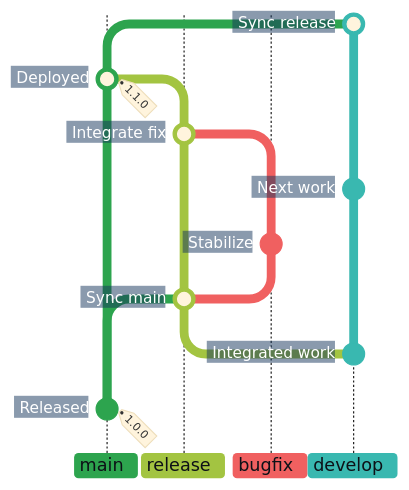
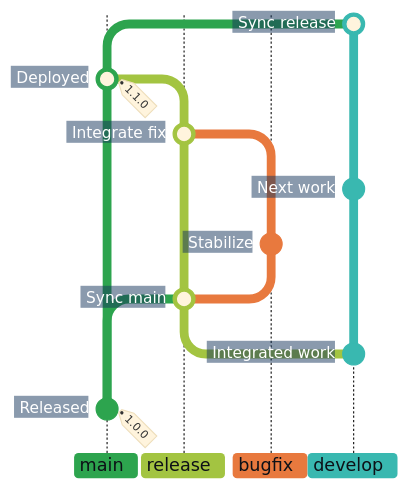
The second of 3 diagrams in docs/adr/cicd.md (superhero/operations.superduper.solutions), drawn with Mermaid before and after one commit. The commit also changed other lines of this file, not shown here.

Commit message:
docs: use red-orange for bugfix branches

````diff
--- a/docs/adr/cicd.md
+++ b/docs/adr/cicd.md
@@ -99,28 +99,28 @@
 ```mermaid
 %%{init: {"theme": "base", "themeCSS": "line.branch { stroke: #8B949E; stroke-width: 1px; stroke-dasharray: 1 4; stroke-linecap: round; } .branchLabel { font-weight: 700; } .branchLabelBkg { clip-path: inset(0 8px 0 0 round 4px) fill-box; } .commit-labels g:last-of-type { visibility: hidden; } .commit-label { font-weight: 700; transform: translateX(-8px); } .commit-label-bkg { opacity: 1; stroke: #17365D; stroke-width: 20px; transform: translateX(-5px); clip-path: polygon(-4px -4px, calc(100% + 4px) -4px, calc(100% + 10px) 50%, calc(100% + 4px) calc(100% + 4px), -4px calc(100% + 4px)) fill-box; }", "gitGraph": {"showCommitLabel": true, "rotateCommitLabel": false}, "themeVariables": {
     "commitLabelFontSize": "14px", "commitLabelColor": "#FFFFFF", "commitLabelBackground": "#17365D",
     "git0": "#2DA44E", "gitBranchLabel0": "#0D1117",
     "git1": "#A3C441", "gitBranchLabel1": "#0D1117",
-    "git2": "#F06060", "gitBranchLabel2": "#0D1117",
+    "git2": "#E8793E", "gitBranchLabel2": "#0D1117",
     "git3": "#39B8B0", "gitBranchLabel3": "#0D1117"
 }}}%%
 gitGraph BT:
     %% In BT order, the initial commit note is the last label group; its tag stays visible.
     branch develop order: 3
     checkout main
     commit id: "Released" tag: "1.0.0"
     checkout develop
     commit id: "Integrated work"
     branch "release" order: 1
     merge main id: "Sync main"
     branch "bugfix" order: 2
     commit id: "Stabilize"
     checkout develop
     commit id: "Next work"
     checkout "release"
     merge "bugfix" id: "Integrate fix"
     checkout main
     merge "release" id: "Deployed" tag: "1.1.0"
     checkout develop
     merge main id: "Sync release"
 ```
````
